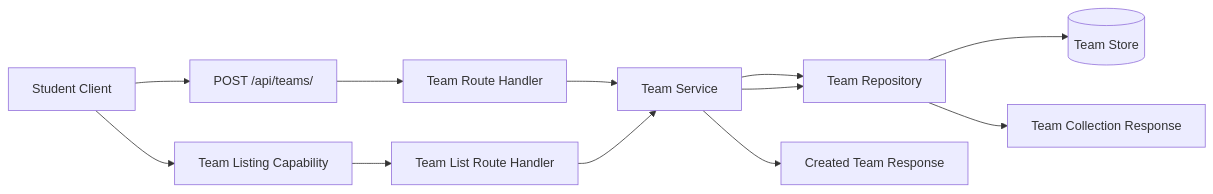
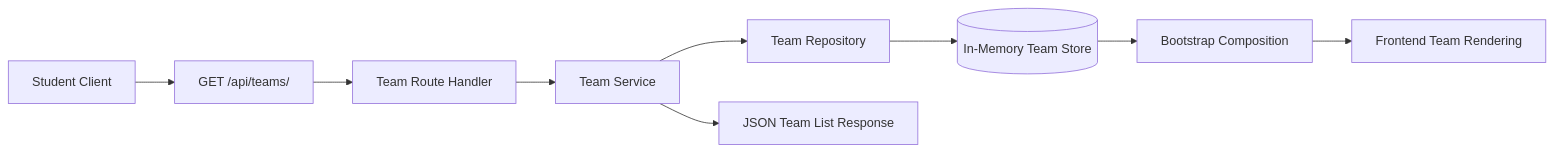
Before and after one commit to chavanlaxman/OCTOFIT: the diagram in artifacts/architecture.md, drawn with Mermaid. The commit also changed other lines of this file and 6 other files, not shown here.

Commit message:
OCTOFIT-8: prepare team listing delivery

````diff
--- a/artifacts/architecture.md
+++ b/artifacts/architecture.md
@@ -26,14 +26,11 @@
 ```mermaid
 flowchart LR
-    A[Student Client] --> B[POST /api/teams/]
+    A[Student Client] --> B[GET /api/teams/]
     B --> C[Team Route Handler]
     C --> D[Team Service]
     D --> E[Team Repository]
-    E --> F[(Team Store)]
-    D --> G[Created Team Response]
-    A --> H[Team Listing Capability]
-    H --> I[Team List Route Handler]
-    I --> D
-    D --> E
-    E --> J[Team Collection Response]
+    E --> F[(In-Memory Team Store)]
+    D --> G[JSON Team List Response]
+    F --> H[Bootstrap Composition]
+    H --> I[Frontend Team Rendering]
 ```
````
